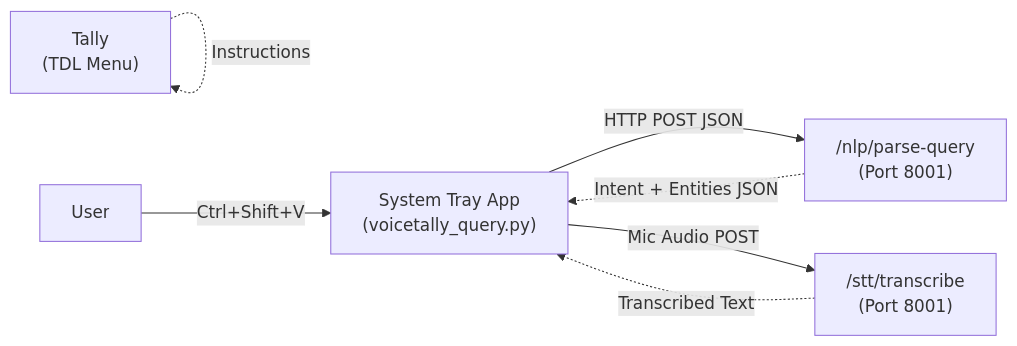
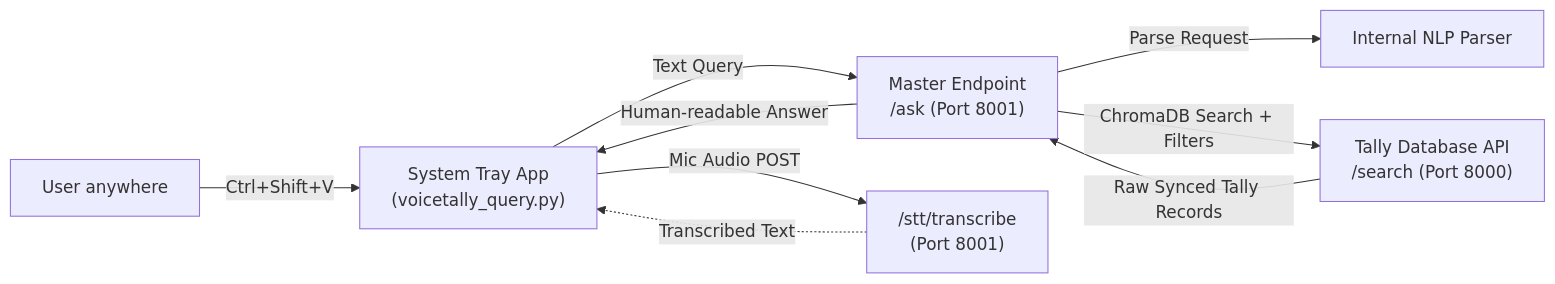
The diagram in tdl-extension/README.md (HarshilPahuja/VoiceTally), drawn with Mermaid before and after one commit. The commit also changed other lines of this file and 3 other files, not shown here.

Commit message:
gui now returns human-like text output

````diff
--- a/tdl-extension/README.md
+++ b/tdl-extension/README.md
@@ -12,9 +19,13 @@
 ```mermaid
 graph LR
-    A["Tally<br>(TDL Menu)"] -.->|Instructions| A
-    U["User"] -->|"Ctrl+Shift+V"| B["System Tray App<br>(voicetally_query.py)"]
-    B -->|HTTP POST JSON| C["/nlp/parse-query<br>(Port 8001)"]
+    U["User anywhere"] -->|"Ctrl+Shift+V"| B["System Tray App<br>(voicetally_query.py)"]
+    B -->|Text Query| C["Master Endpoint<br>/ask (Port 8001)"]
     B -->|Mic Audio POST| D["/stt/transcribe<br>(Port 8001)"]
-    D -.->|"Transcribed Text"| B
-    C -.->|"Intent + Entities JSON"| B
+    D -.->|Transcribed Text| B
+    
+    C -->|Parse Request| E["Internal NLP Parser"]
+    C -->|ChromaDB Search + Filters| F["Tally Database API<br>/search (Port 8000)"]
+    
+    F -->|Raw Synced Tally Records| C
+    C -->|Human-readable Answer| B
 ```
````
